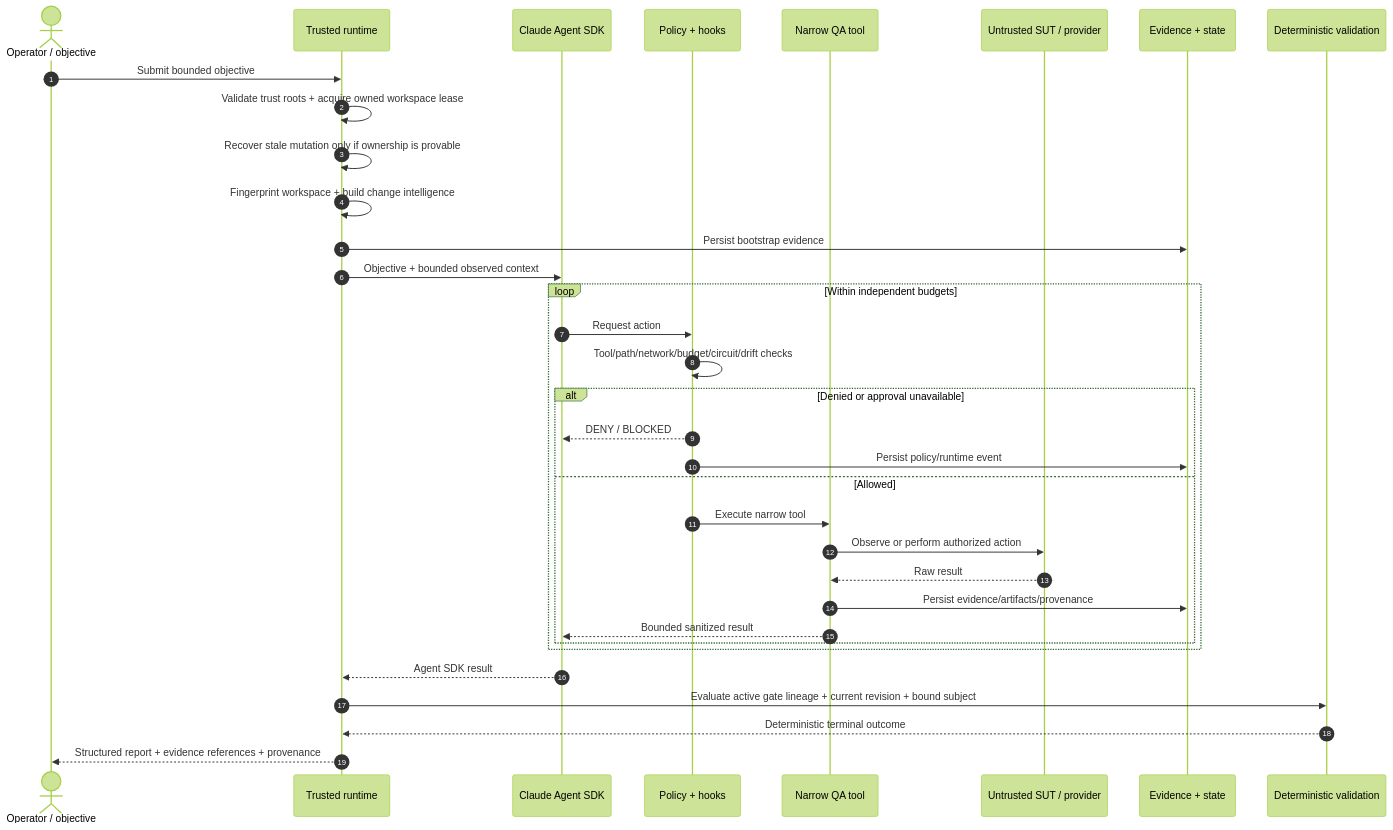
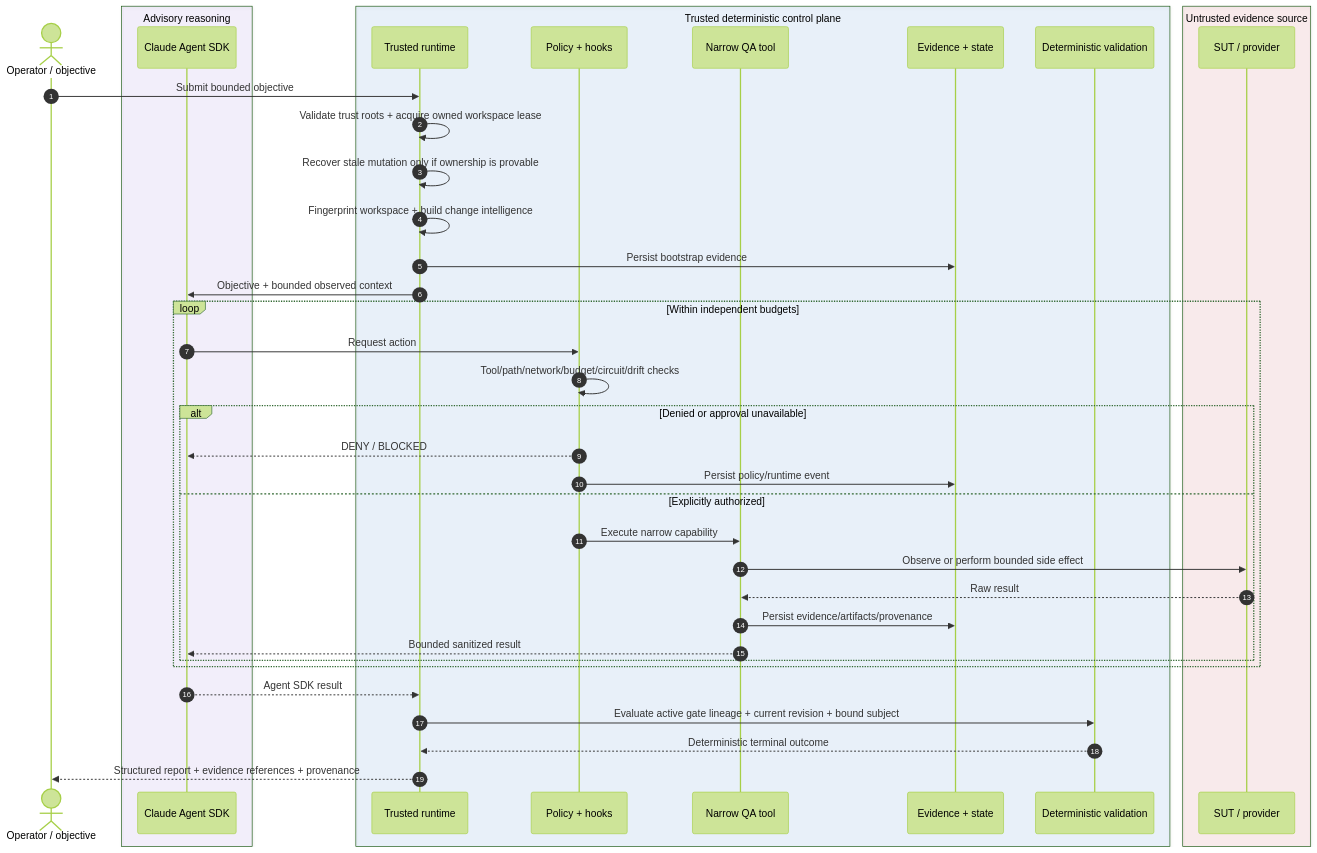
Before and after one commit to portyu9/ai-qa-automation: the second of 2 diagrams in docs/ARCHITECTURE.md, drawn with Mermaid (forest theme). The commit also changed other lines of this file, not shown here.

Commit message:
docs: align architecture trust boundaries and accessible diagrams

````diff
--- a/docs/ARCHITECTURE.md
+++ b/docs/ARCHITECTURE.md
@@ -86,39 +118,51 @@
 ```mermaid
 sequenceDiagram
+    accTitle: Runtime execution sequence from bounded objective to deterministic terminal outcome
+    accDescr: The trusted runtime validates ownership and fingerprints the workspace before Claude receives bounded context. Claude proposes actions. Policy authorizes or denies each action. Narrow tools observe the untrusted SUT or approved provider, evidence is persisted, and deterministic validation derives terminal truth from current gate lineage and revision.
     autonumber
+
     actor O as Operator / objective
-    participant R as Trusted runtime
-    participant C as Claude Agent SDK
-    participant P as Policy + hooks
-    participant T as Narrow QA tool
-    participant S as Untrusted SUT / provider
-    participant E as Evidence + state
-    participant V as Deterministic validation
+
+    box rgba(130,80,223,0.08) Advisory reasoning
+      participant C as Claude Agent SDK
+    end
+
+    box rgba(9,105,218,0.08) Trusted deterministic control plane
+      participant R as Trusted runtime
+      participant P as Policy + hooks
+      participant T as Narrow QA tool
+      participant E as Evidence + state
+      participant V as Deterministic validation
+    end
+
+    box rgba(207,34,46,0.08) Untrusted evidence source
+      participant S as SUT / provider
+    end
 
     O->>R: Submit bounded objective
     R->>R: Validate trust roots + acquire owned workspace lease
     R->>R: Recover stale mutation only if ownership is provable
     R->>R: Fingerprint workspace + build change intelligence
     R->>E: Persist bootstrap evidence
     R->>C: Objective + bounded observed context
 
     loop Within independent budgets
         C->>P: Request action
         P->>P: Tool/path/network/budget/circuit/drift checks
         alt Denied or approval unavailable
             P-->>C: DENY / BLOCKED
             P->>E: Persist policy/runtime event
-        else Allowed
-            P->>T: Execute narrow tool
-            T->>S: Observe or perform authorized action
+        else Explicitly authorized
+            P->>T: Execute narrow capability
+            T->>S: Observe or perform bounded side effect
             S-->>T: Raw result
             T->>E: Persist evidence/artifacts/provenance
             T-->>C: Bounded sanitized result
         end
     end
 
     C-->>R: Agent SDK result
     R->>V: Evaluate active gate lineage + current revision + bound subject
     V-->>R: Deterministic terminal outcome
     R-->>O: Structured report + evidence references + provenance
 ```
````
